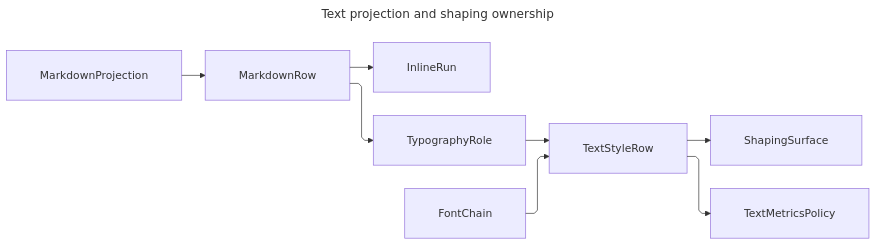
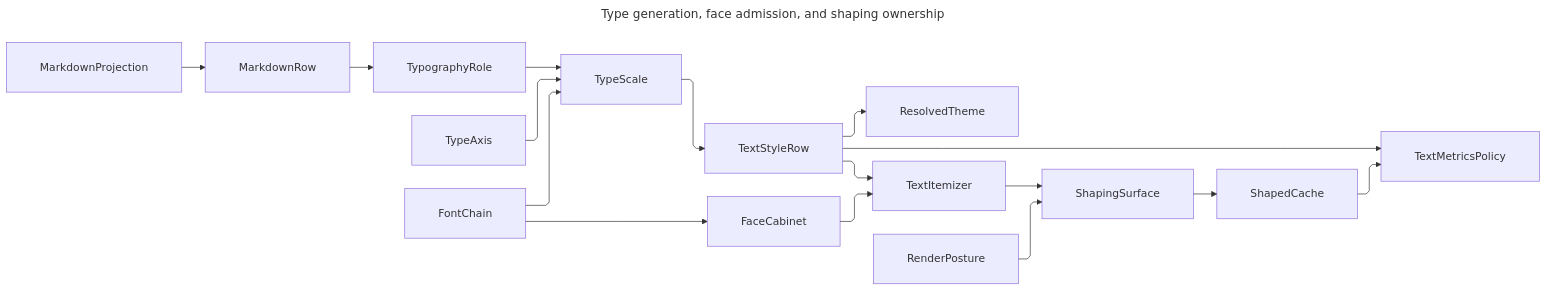
Before and after one commit to bsamiee/Rasm: the diagram in libs/csharp/Rasm.AppUi/.planning/Theme/typography.md, drawn with Mermaid. The commit also changed other lines of this file and 747 other files, not shown here.

````diff
--- a/libs/csharp/Rasm.AppUi/.planning/Theme/typography.md
+++ b/libs/csharp/Rasm.AppUi/.planning/Theme/typography.md
@@ -418,27 +1272,35 @@
 ```mermaid
 ---
-title: Text projection and shaping ownership
+title: Type generation, face admission, and shaping ownership
 config:
   layout: elk
   htmlLabels: true
   markdownAutoWrap: false
   deterministicIds: true
   elk:
     nodePlacementStrategy: NETWORK_SIMPLEX
     considerModelOrder: NODES_AND_EDGES
   flowchart:
     curve: linear
     defaultRenderer: elk
     padding: 25
 ---
 flowchart LR
-    accTitle: Text projection and shaping ownership
-    accDescr: Markdown syntax folds into lossless rows and inline runs while typography roles and font chains resolve the style that feeds shaping and shaped-run measurement.
+    accTitle: Type generation, face admission, and shaping ownership
+    accDescr: The role ladder crossed with the resolution axis generates one resolved style row that feeds the token catalogue, the itemizer, and the metrics policy, while the face cabinet supplies the capability-elected face instances the shaping rail draws through under a declared render posture.
+    TypographyRole --> TypeScale
+    TypeAxis --> TypeScale
+    FontChain --> TypeScale
+    TypeScale --> TextStyleRow
+    TextStyleRow --> ResolvedTheme
+    TextStyleRow --> TextItemizer
+    TextStyleRow --> TextMetricsPolicy
+    FontChain --> FaceCabinet
+    FaceCabinet --> TextItemizer
+    TextItemizer --> ShapingSurface
+    RenderPosture --> ShapingSurface
+    ShapingSurface --> ShapedCache
+    ShapedCache --> TextMetricsPolicy
     MarkdownProjection --> MarkdownRow
-    MarkdownRow --> InlineRun
     MarkdownRow --> TypographyRole
-    TypographyRole --> TextStyleRow
-    FontChain --> TextStyleRow
-    TextStyleRow --> ShapingSurface
-    TextStyleRow --> TextMetricsPolicy
 ```
````
